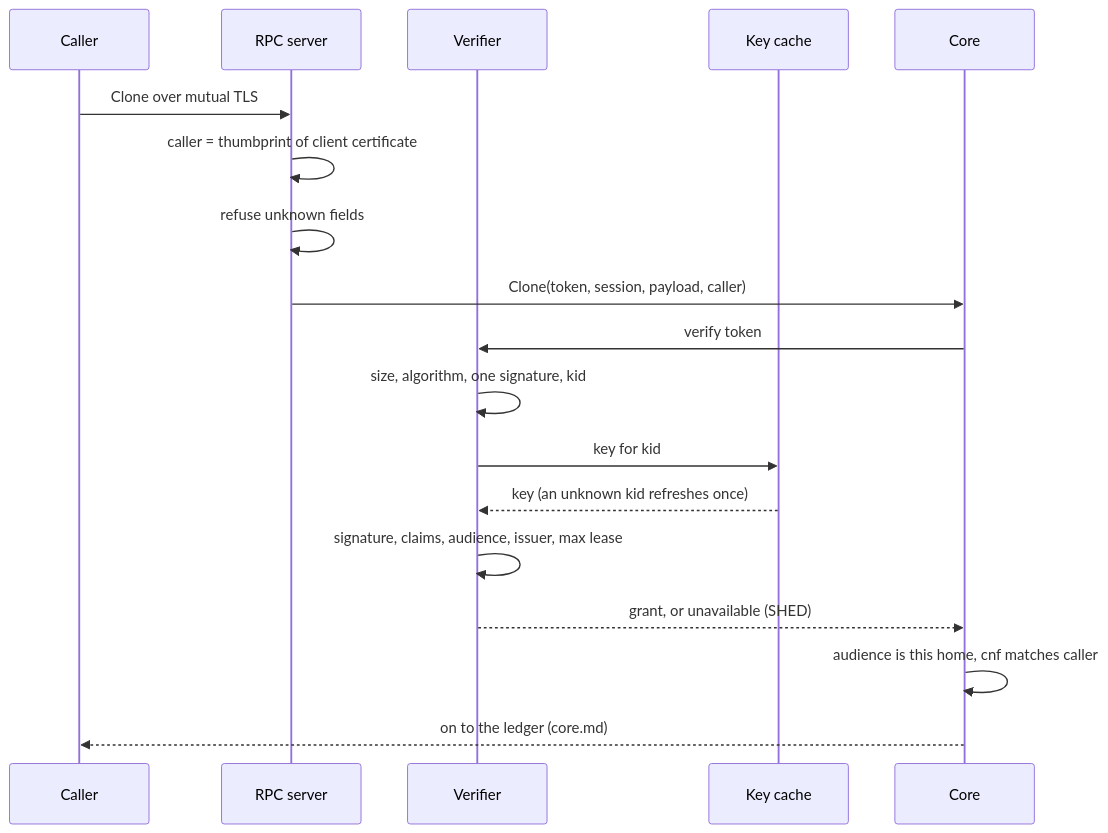
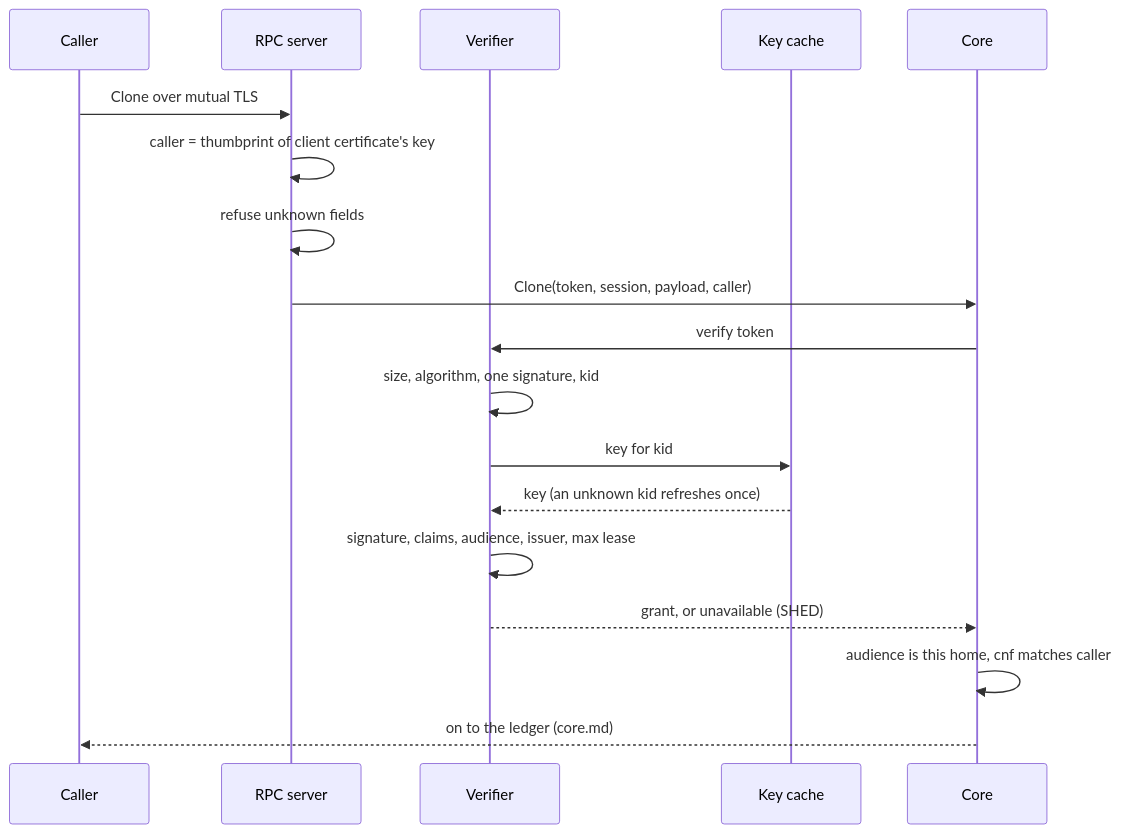
The diagram in docs/design/grant.md (helayoty/fiberd), drawn with Mermaid before and after one commit. The commit also changed other lines of this file and 63 other files, not shown here.

Commit message:
Bind grants to the caller's public key (#113)

````diff
--- a/docs/design/grant.md
+++ b/docs/design/grant.md
@@ -11,20 +11,20 @@
 ```mermaid
 sequenceDiagram
   participant C as Caller
   participant S as RPC server
   participant V as Verifier
   participant K as Key cache
   participant A as Core
   C->>S: Clone over mutual TLS
-  S->>S: caller = thumbprint of client certificate
+  S->>S: caller = thumbprint of client certificate's key
   S->>S: refuse unknown fields
   S->>A: Clone(token, session, payload, caller)
   A->>V: verify token
   V->>V: size, algorithm, one signature, kid
   V->>K: key for kid
   K-->>V: key (an unknown kid refreshes once)
   V->>V: signature, claims, audience, issuer, max lease
   V-->>A: grant, or unavailable (SHED)
   A->>A: audience is this home, cnf matches caller
   A-->>C: on to the ledger (core.md)
 ```
````
